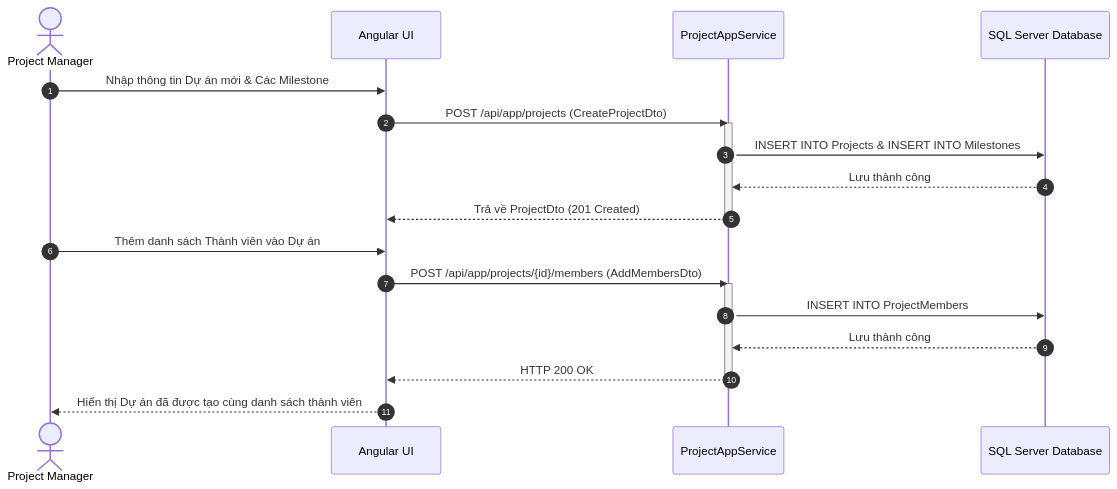
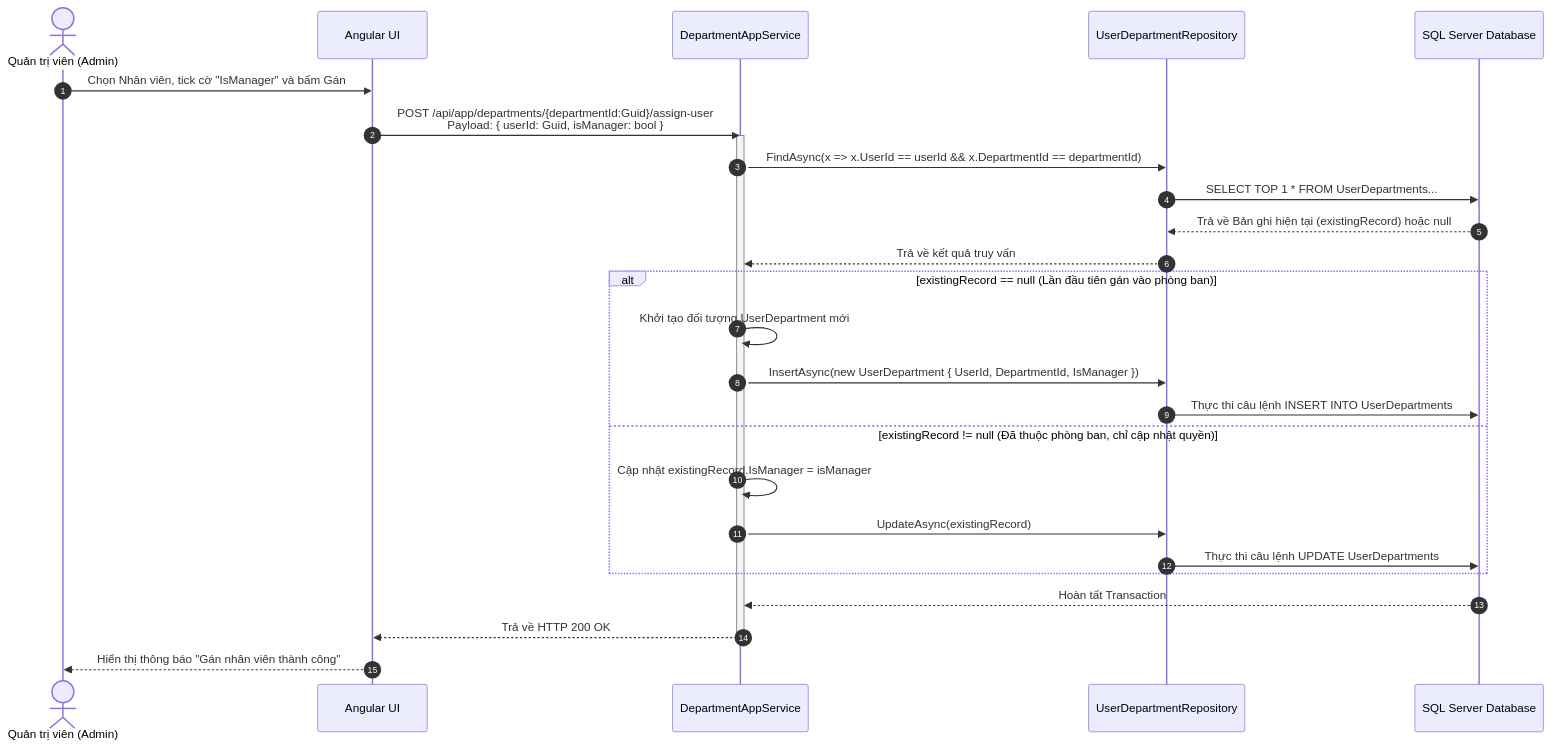
The ninth of 13 diagrams in document/Design_Diagrams.md (anhhthuu2404/task-management), drawn with Mermaid before and after one commit. The commit also changed other lines of this file, not shown here.

````diff
--- a/document/Design_Diagrams.md
+++ b/document/Design_Diagrams.md
@@ -474,26 +541,34 @@
 ```mermaid
 sequenceDiagram
     autonumber
-    actor PM as Project Manager
+    actor Admin as Quản trị viên (Admin)
     participant UI as Angular UI
-    participant AppSrv as ProjectAppService
+    participant AppSrv as DepartmentAppService
+    participant Repo as UserDepartmentRepository
     participant DB as SQL Server Database
 
-    PM->>UI: Nhập thông tin Dự án mới & Các Milestone
-    UI->>AppSrv: POST /api/app/projects (CreateProjectDto)
+    Admin->>UI: Chọn Nhân viên, tick cờ "IsManager" và bấm Gán
+    UI->>AppSrv: POST /api/app/departments/{departmentId:Guid}/assign-user<br/>Payload: { userId: Guid, isManager: bool }
     activate AppSrv
-    AppSrv->>DB: INSERT INTO Projects & INSERT INTO Milestones
-    DB-->>AppSrv: Lưu thành công
-    AppSrv-->>UI: Trả về ProjectDto (201 Created)
+    
+    AppSrv->>Repo: FindAsync(x => x.UserId == userId && x.DepartmentId == departmentId)
+    Repo->>DB: SELECT TOP 1 * FROM UserDepartments...
+    DB-->>Repo: Trả về Bản ghi hiện tại (existingRecord) hoặc null
+    Repo-->>AppSrv: Trả về kết quả truy vấn
+    
+    alt existingRecord == null (Lần đầu tiên gán vào phòng ban)
+        AppSrv->>AppSrv: Khởi tạo đối tượng UserDepartment mới
+        AppSrv->>Repo: InsertAsync(new UserDepartment { UserId, DepartmentId, IsManager })
+        Repo->>DB: Thực thi câu lệnh INSERT INTO UserDepartments
+    else existingRecord != null (Đã thuộc phòng ban, chỉ cập nhật quyền)
+        AppSrv->>AppSrv: Cập nhật existingRecord.IsManager = isManager
+        AppSrv->>Repo: UpdateAsync(existingRecord)
+        Repo->>DB: Thực thi câu lệnh UPDATE UserDepartments
+    end
+
+    DB-->>AppSrv: Hoàn tất Transaction
+    AppSrv-->>UI: Trả về HTTP 200 OK
     deactivate AppSrv
-
-    PM->>UI: Thêm danh sách Thành viên vào Dự án
-    UI->>AppSrv: POST /api/app/projects/{id}/members (AddMembersDto)
-    activate AppSrv
-    AppSrv->>DB: INSERT INTO ProjectMembers
-    DB-->>AppSrv: Lưu thành công
-    AppSrv-->>UI: HTTP 200 OK
-    deactivate AppSrv
-
-    UI-->>PM: Hiển thị Dự án đã được tạo cùng danh sách thành viên
+    
+    UI-->>Admin: Hiển thị thông báo "Gán nhân viên thành công"
 ```
````
